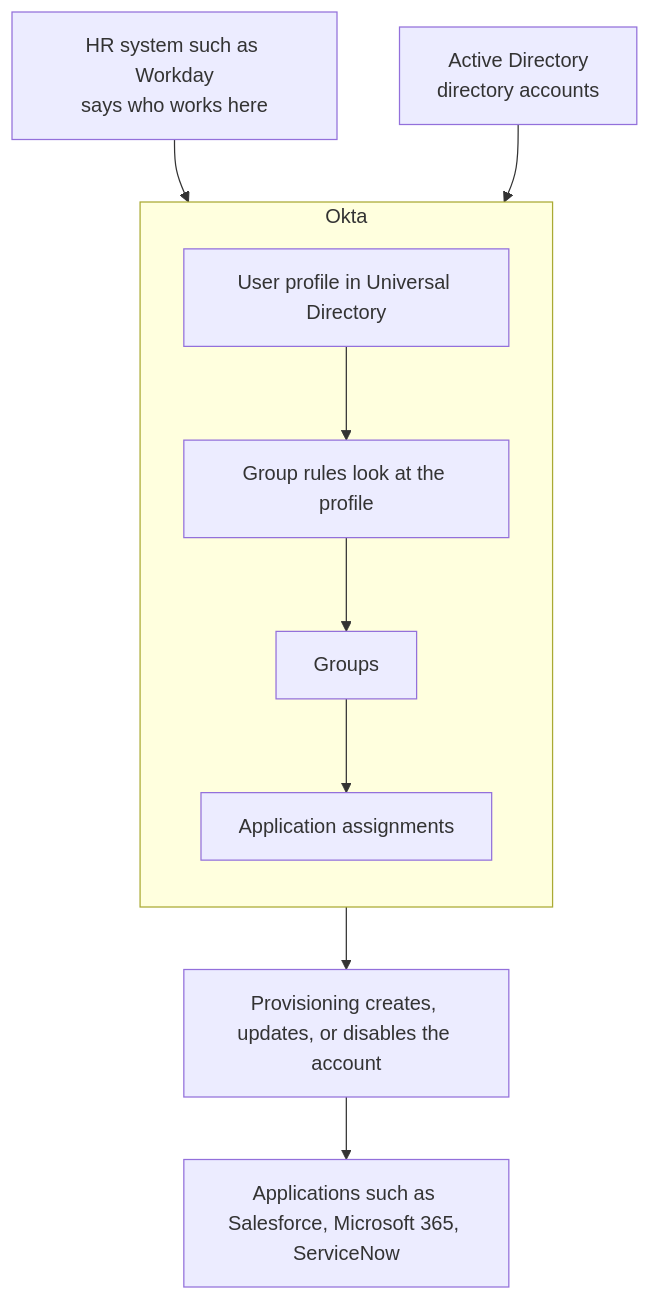
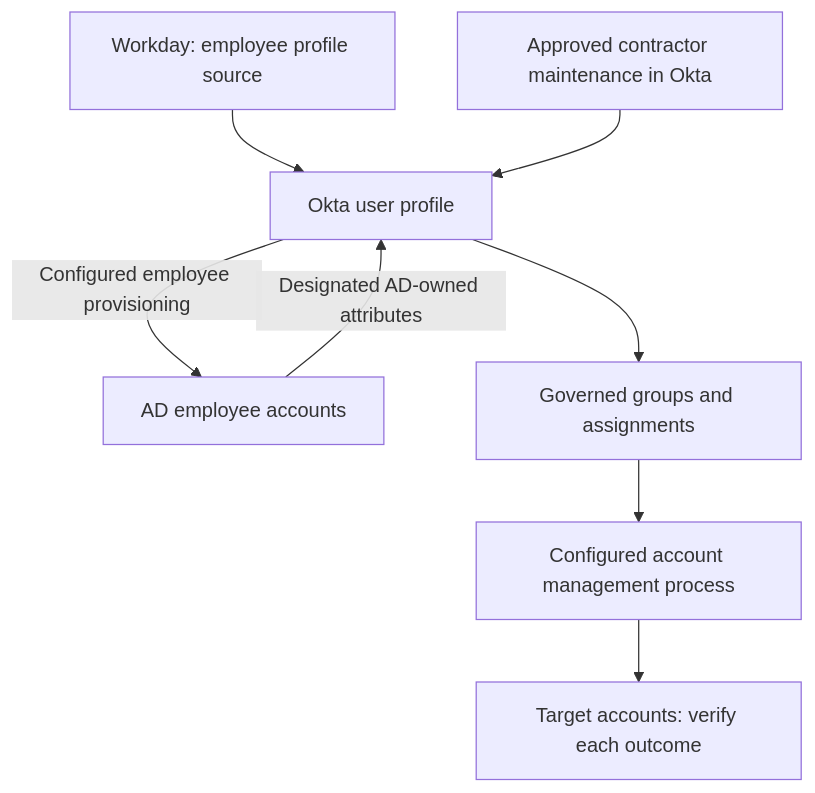
One commit to TedxHarry/Okta_Theory changed the first of 2 diagrams in overview.md. Above: the diagram before and after it, drawn with Mermaid. The commit also changed other lines of this file and 63 other files, not shown here.

Commit message:
Clarify course references and repair Pages navigation and diagrams

````diff
--- a/overview.md
+++ b/overview.md
@@ -14,13 +14,10 @@
 ```mermaid
 flowchart TD
-  HR["HR system such as Workday<br/>says who works here"] --> OKTA
-  AD["Active Directory<br/>directory accounts"] --> OKTA
-  subgraph OKTA["Okta"]
-    direction TB
-    P["User profile in Universal Directory"] --> R["Group rules look at the profile"]
-    R --> G["Groups"]
-    G --> AS["Application assignments"]
-  end
-  AS --> PROV["Provisioning creates, updates, or disables the account"]
-  PROV --> APPS["Applications such as Salesforce, Microsoft 365, ServiceNow"]
+  HR["Workday: employee profile source"] --> P["Okta user profile"]
+  C["Approved contractor maintenance in Okta"] --> P
+  P -->|"Configured employee provisioning"| AD["AD employee accounts"]
+  AD -->|"Designated AD-owned attributes"| P
+  P --> G["Governed groups and assignments"]
+  G --> Q["Configured account management process"]
+  Q --> T["Target accounts: verify each outcome"]
 ```
````
